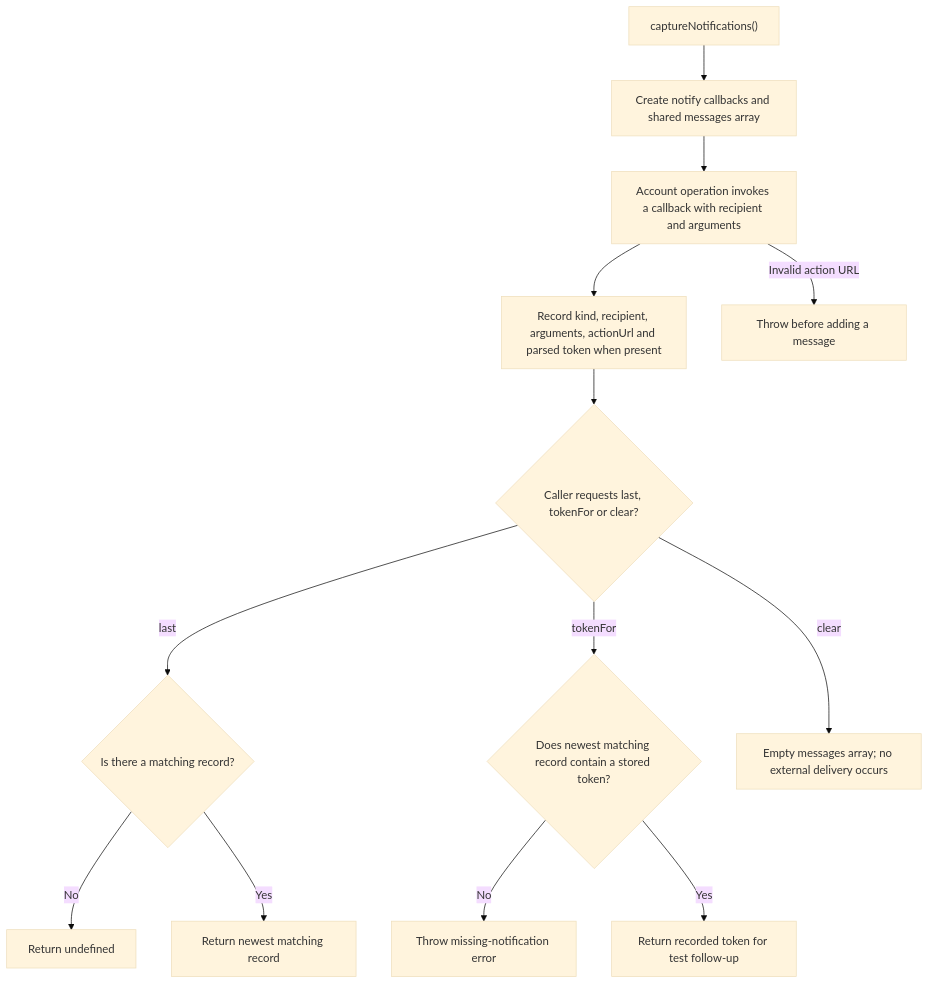
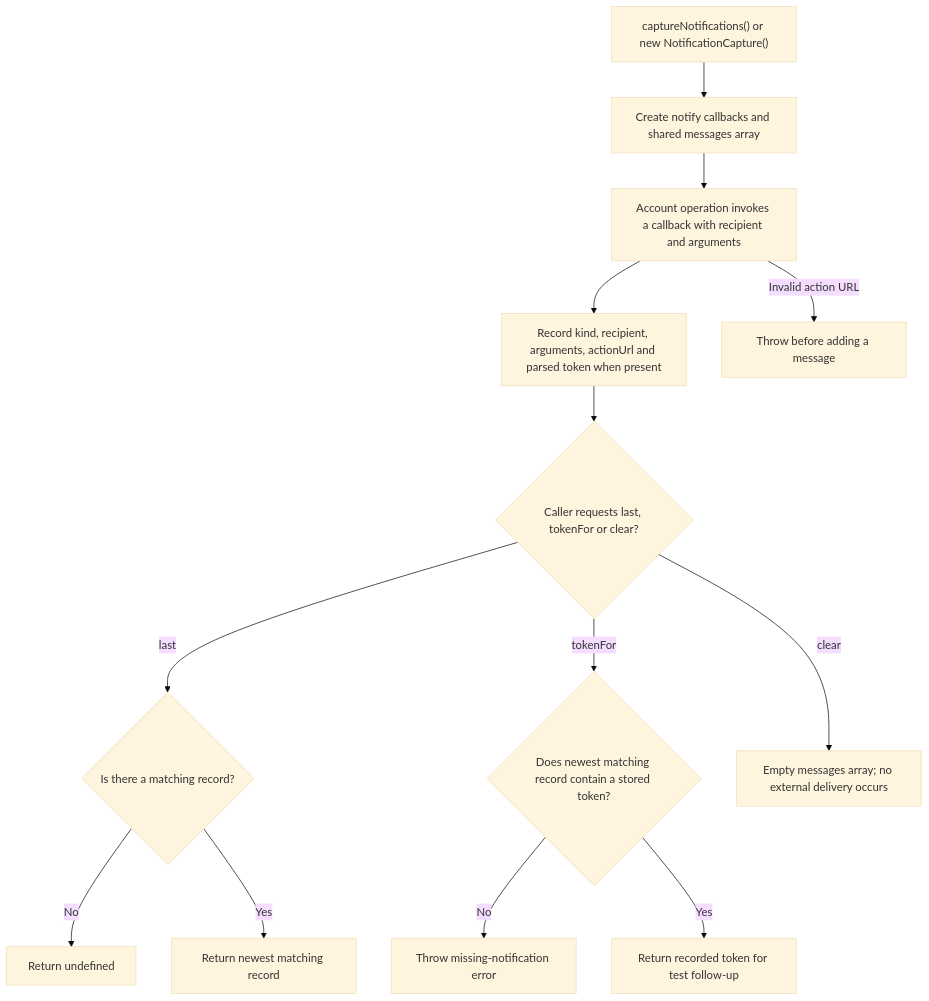
Before and after one commit to Kevinjohn/oss-adonisjs-account-kit: the second of 2 diagrams in user-stories/US-ACCOUNT-55-capture-notifications-in-tests.md, drawn with Mermaid (base theme). The commit also changed other lines of this file and 16 other files, not shown here.

````diff
--- a/user-stories/US-ACCOUNT-55-capture-notifications-in-tests.md
+++ b/user-stories/US-ACCOUNT-55-capture-notifications-in-tests.md
@@ -35,15 +35,15 @@
 ```mermaid
 flowchart TD
- A["captureNotifications()"] --> B["Create notify callbacks and shared messages array"]
+ A["captureNotifications() or new NotificationCapture()"] --> B["Create notify callbacks and shared messages array"]
  B --> C["Account operation invokes a callback with recipient and arguments"]
  C --> D["Record kind, recipient, arguments, actionUrl and parsed token when present"]
  C -->|Invalid action URL| X["Throw before adding a message"]
  D --> E{"Caller requests last, tokenFor or clear?"}
  E -->|last| F{"Is there a matching record?"}
  F -->|No| G["Return undefined"]
  F -->|Yes| H["Return newest matching record"]
  E -->|tokenFor| I{"Does newest matching record contain a stored token?"}
  I -->|No| J["Throw missing-notification error"]
  I -->|Yes| K["Return recorded token for test follow-up"]
  E -->|clear| L["Empty messages array; no external delivery occurs"]
 ```
````
